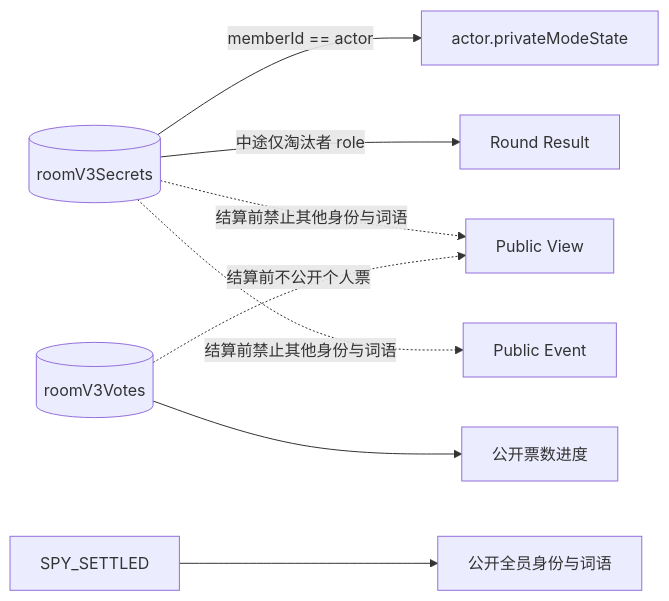
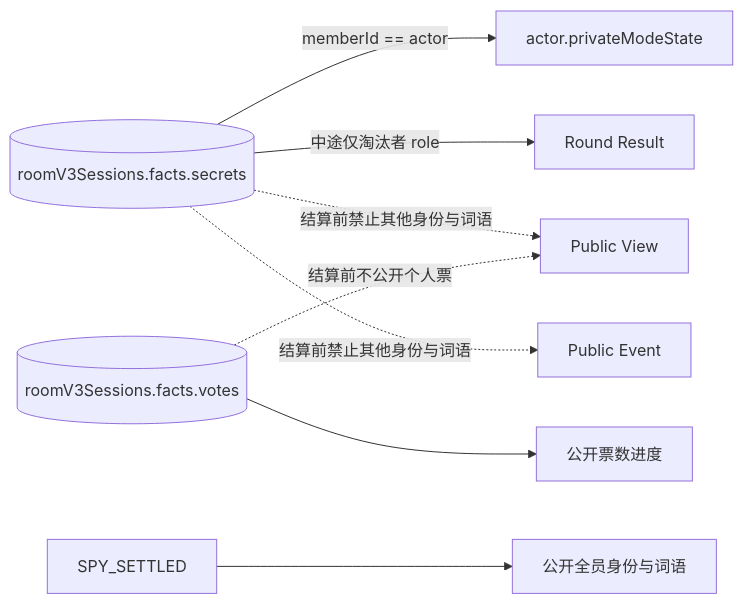
Diagram 15 of 18 in docs/ROOM_PROTOCOL_V3_IMPLEMENTATION.md (Bubble-419/cardboard-miniprogram), drawn with Mermaid before and after one commit. The commit also changed other lines of this file and 37 other files, not shown here.

Commit message:
refactor: fan out actor events and compact room sessions

````diff
--- a/docs/ROOM_PROTOCOL_V3_IMPLEMENTATION.md
+++ b/docs/ROOM_PROTOCOL_V3_IMPLEMENTATION.md
@@ -309,10 +322,10 @@
 ```mermaid
 flowchart LR
-  SEC[(roomV3Secrets)] -->|memberId == actor| PRIVATE[actor.privateModeState]
+  SEC[(roomV3Sessions.facts.secrets)] -->|memberId == actor| PRIVATE[actor.privateModeState]
   SEC -->|中途仅淘汰者 role| ELIM[Round Result]
   SEC -.结算前禁止其他身份与词语.-> PUBLIC[Public View]
   SEC -.结算前禁止其他身份与词语.-> EVENT[Public Event]
-  VOTE[(roomV3Votes)] --> COUNT[公开票数进度]
+  VOTE[(roomV3Sessions.facts.votes)] --> COUNT[公开票数进度]
   VOTE -.结算前不公开个人票.-> PUBLIC
   SETTLED[SPY_SETTLED] --> REVEAL[公开全员身份与词语]
 ```
````
